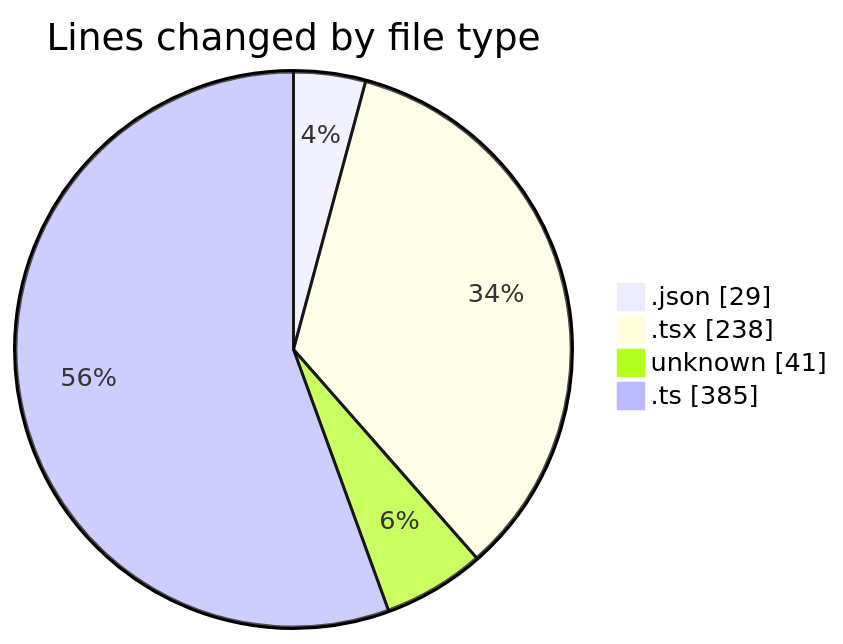
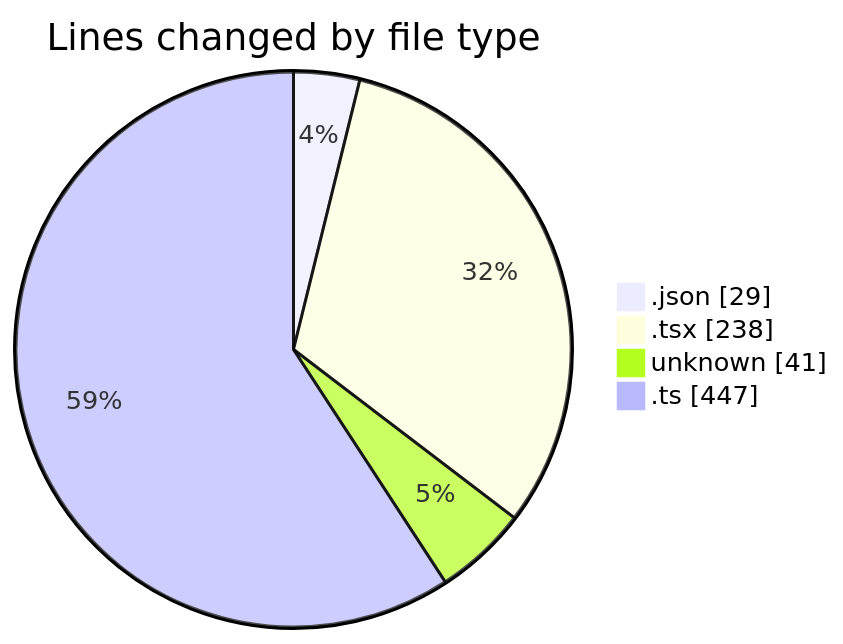
The first of 2 diagrams in 2025-06-09/cda/README.md (momahboobian/code-tracking), drawn with Mermaid before and after one commit. The commit also changed other lines of this file and 1 other file, not shown here.

````diff
--- a/2025-06-09/cda/README.md
+++ b/2025-06-09/cda/README.md
@@ -23,8 +23,8 @@
 ```mermaid
 pie showData
 title Lines changed by file type
 ".json" : 29
 ".tsx" : 238
 "unknown" : 41
-".ts" : 385
+".ts" : 447
 ```
````
